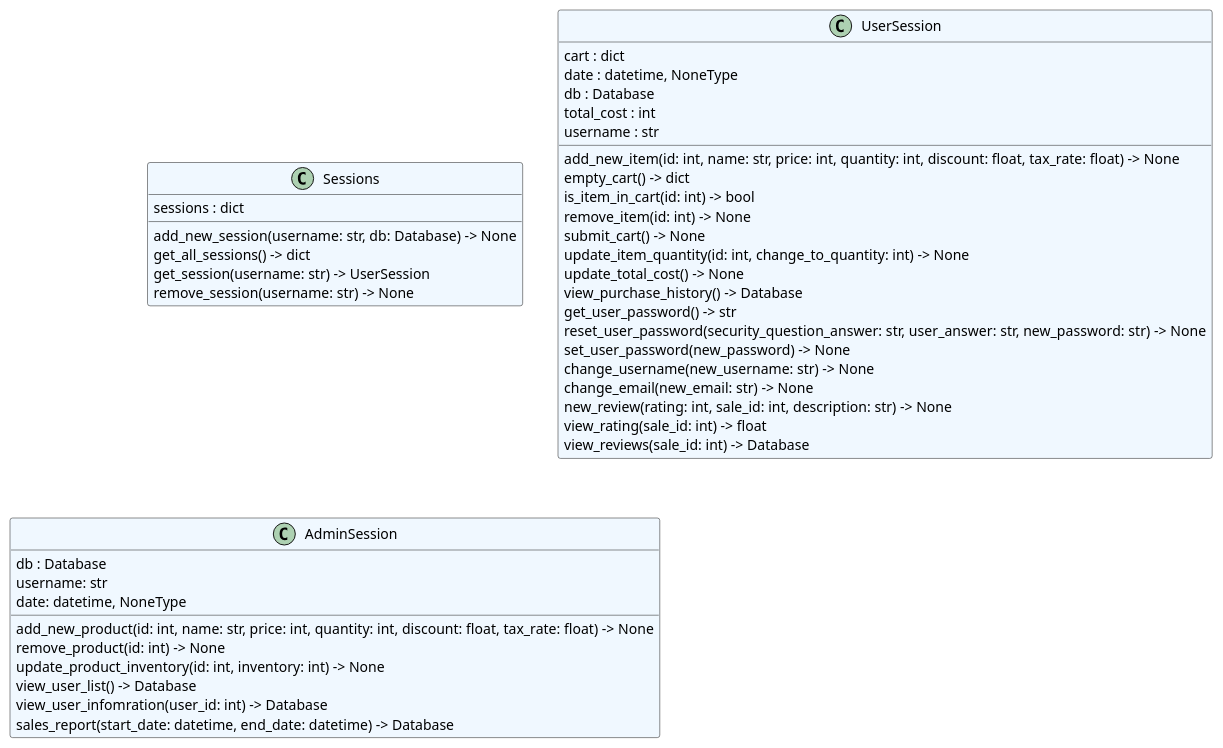
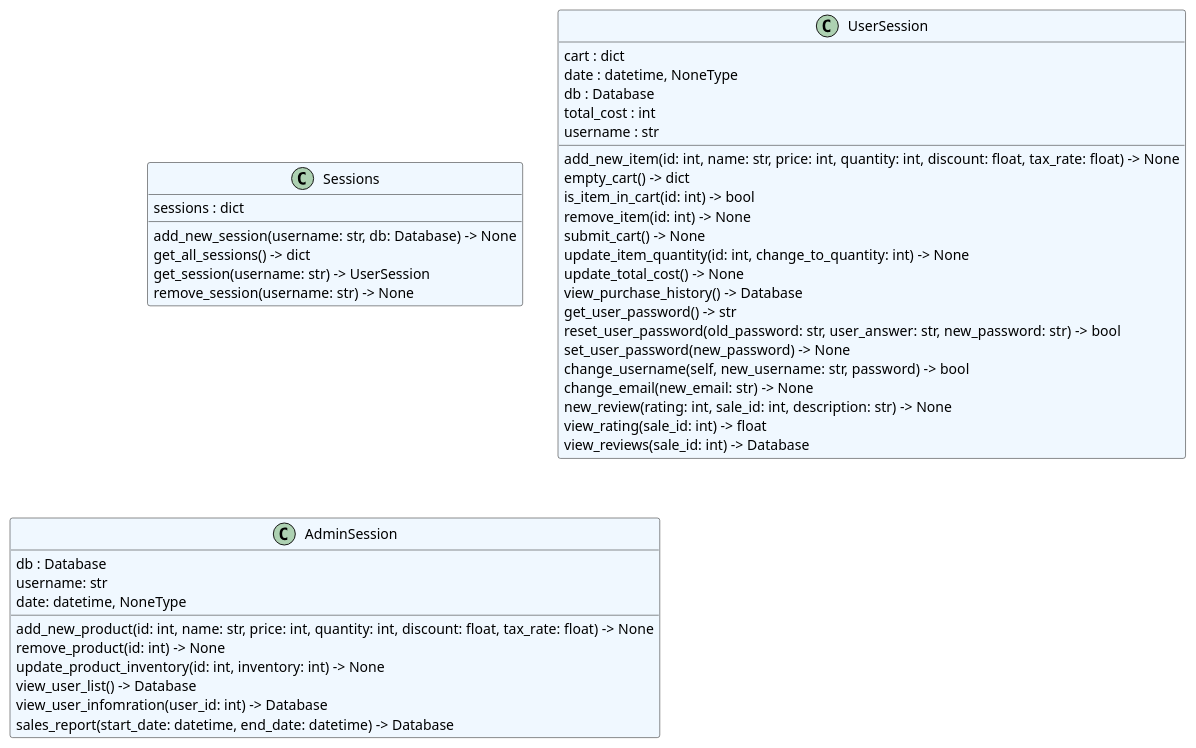
Before and after one commit to obxzeke/OnlineStore: the diagram in docs/diagrams/system/core_classes.puml, drawn with PlantUML. The commit also changed 3 other files, not shown here.

```diff
--- a/docs/diagrams/system/core_classes.puml
+++ b/docs/diagrams/system/core_classes.puml
@@ -1,46 +1,46 @@
 @startuml classes
 set namespaceSeparator none
 class "Sessions" as core.session.Sessions #aliceblue {
   sessions : dict
   add_new_session(username: str, db: Database) -> None
   get_all_sessions() -> dict
   get_session(username: str) -> UserSession
   remove_session(username: str) -> None
 }
 class "UserSession" as core.session.UserSession #aliceblue {
   cart : dict
   date : datetime, NoneType
   db : Database
   total_cost : int
   username : str
   add_new_item(id: int, name: str, price: int, quantity: int, discount: float, tax_rate: float) -> None
   empty_cart() -> dict
   is_item_in_cart(id: int) -> bool
   remove_item(id: int) -> None
   submit_cart() -> None
   update_item_quantity(id: int, change_to_quantity: int) -> None
   update_total_cost() -> None
   view_purchase_history() -> Database
   get_user_password() -> str
-  reset_user_password(security_question_answer: str, user_answer: str, new_password: str) -> None
+  reset_user_password(old_password: str, user_answer: str, new_password: str) -> bool
   set_user_password(new_password) -> None
-  change_username(new_username: str) -> None
+  change_username(self, new_username: str, password) -> bool
   change_email(new_email: str) -> None
   new_review(rating: int, sale_id: int, description: str) -> None
   view_rating(sale_id: int) -> float
   view_reviews(sale_id: int) -> Database
 }
 
 class "AdminSession" as core.session.AdminSession #aliceblue {
   db : Database
   username: str
   date: datetime, NoneType
   add_new_product(id: int, name: str, price: int, quantity: int, discount: float, tax_rate: float) -> None
   remove_product(id: int) -> None
   update_product_inventory(id: int, inventory: int) -> None
   view_user_list() -> Database
   view_user_infomration(user_id: int) -> Database
   sales_report(start_date: datetime, end_date: datetime) -> Database
 }
 
 @enduml
```
